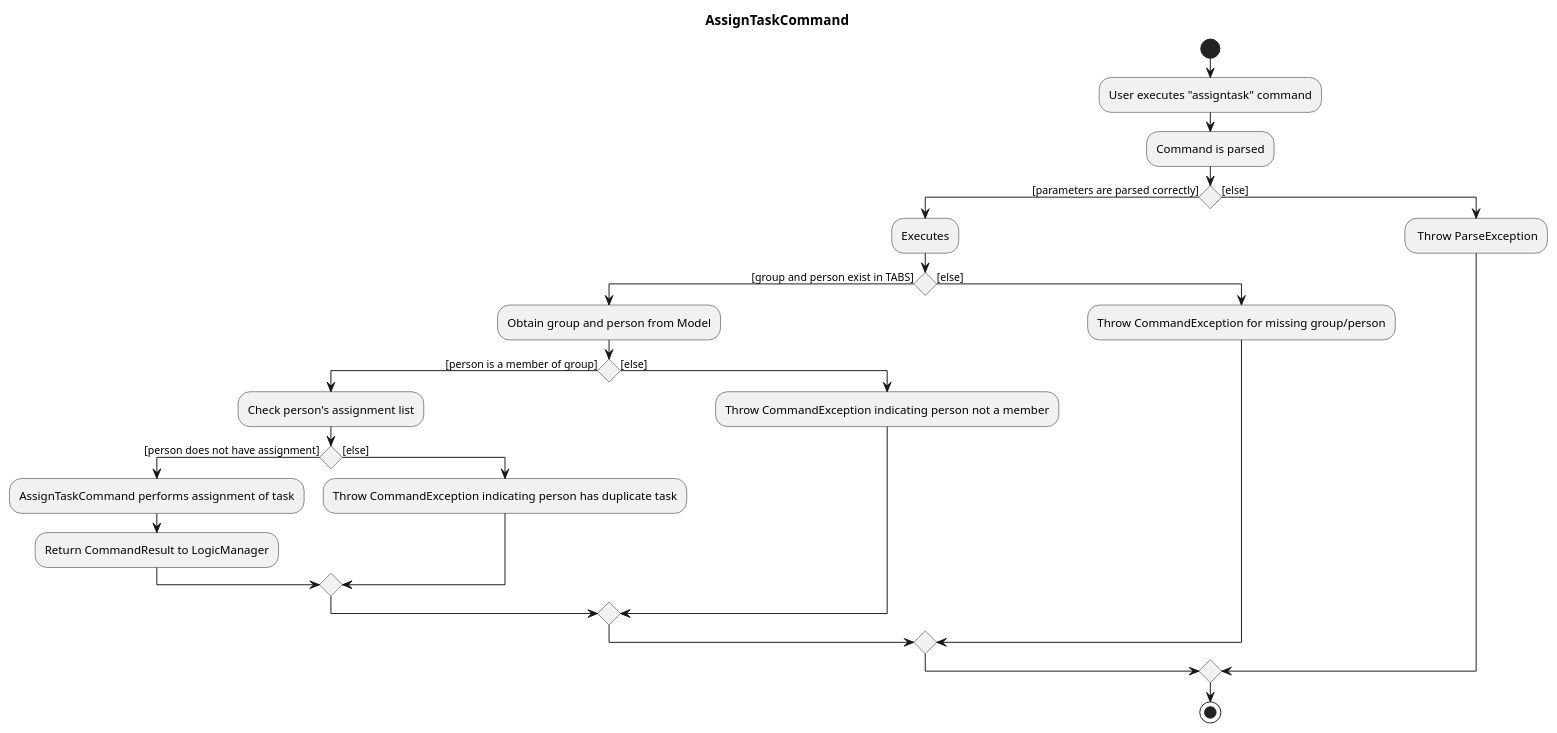
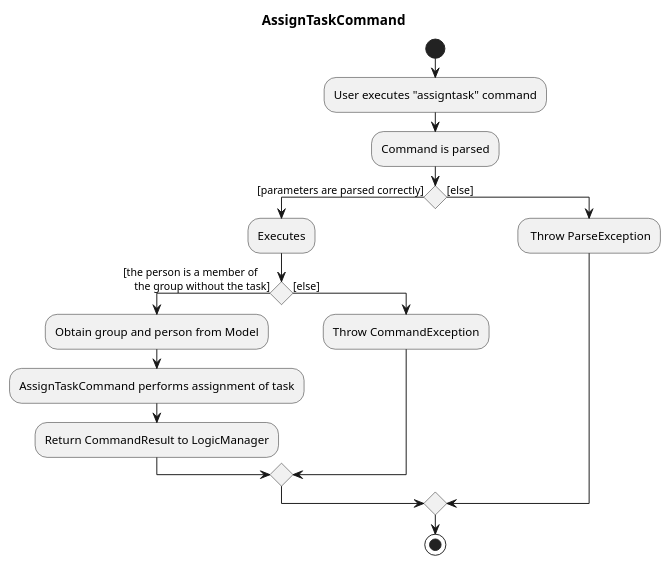
The diagram in docs/diagrams/AssignTaskActivityDiagram.puml (nus-cs2103-AY2223S1/tp), drawn with PlantUML before and after one commit. The commit also changed 2 other files, not shown here.

Commit message:
Update DG bugs and AssignTaskActivityDiagram

```diff
--- a/docs/diagrams/AssignTaskActivityDiagram.puml
+++ b/docs/diagrams/AssignTaskActivityDiagram.puml
@@ -1,33 +1,25 @@
 @startuml
 
 title AssignTaskCommand
 
 start
 :User executes "assigntask" command;
 :Command is parsed;
 
 if () then ([parameters are parsed correctly])
     :Executes;
-    if () then ([group and person exist in TABS])
+    if () then ([the person is a member of
+    the group without the task])
     :Obtain group and person from Model;
-        if () then ([person is a member of group])
-        :Check person's assignment list;
-            if () then ([person does not have assignment])
-            :AssignTaskCommand performs assignment of task;
-            :Return CommandResult to LogicManager;
-            else ([else])
-            :Throw CommandException indicating person has duplicate task;
-            endif
-        else ([else])
-        :Throw CommandException indicating person not a member;
-        endif
+    :AssignTaskCommand performs assignment of task;
+    :Return CommandResult to LogicManager;
     else ([else])
-    :Throw CommandException for missing group/person;
+    :Throw CommandException;
     endif
 else ([else])
 : Throw ParseException;
 endif
 
 stop
 
 @enduml
```
